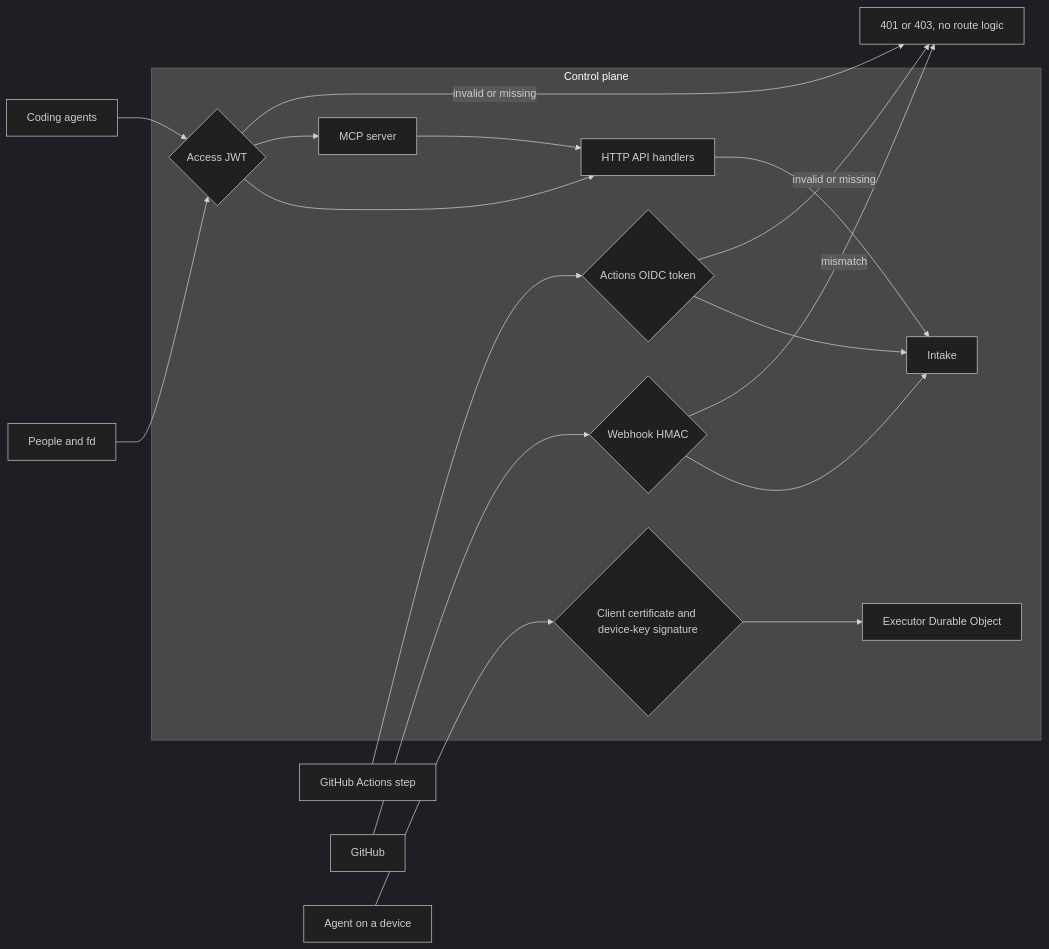
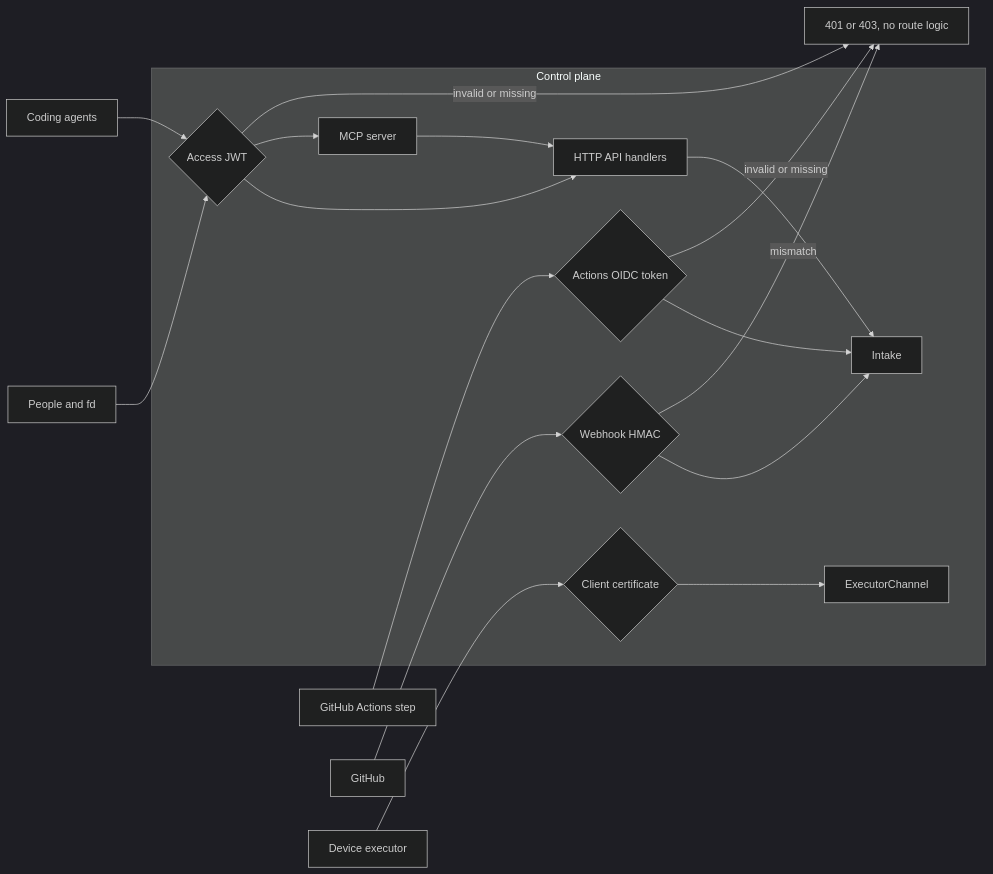
The first of 4 diagrams in specs/interfaces.md (fractalboxdev/flare-dispatch), drawn with Mermaid (dark theme) before and after one commit. The commit also changed other lines of this file and 45 other files, not shown here.

````diff
--- a/specs/interfaces.md
+++ b/specs/interfaces.md
@@ -43,40 +43,40 @@
 ```mermaid
 flowchart LR
   accTitle: Surfaces and the identity gate each passes
   people[People and fd]
   gha[GitHub Actions step]
   gh[GitHub]
   agents[Coding agents]
-  agentd[Agent on a device]
+  agentd[Device executor]
   subgraph cp[Control plane]
     access{Access JWT}
     oidc{Actions OIDC token}
     hmac{Webhook HMAC}
-    mtls{Client certificate and device-key signature}
+    mtls{Client certificate}
     api[HTTP API handlers]
     mcp[MCP server]
     intake[Intake]
-    hub[Executor Durable Object]
+    hub[ExecutorChannel]
   end
   people --> access
   agents --> access
   gha --> oidc
   gh --> hmac
   agentd --> mtls
   access --> api
   access --> mcp
   oidc --> intake
   api --> intake
   mcp --> api
   hmac --> intake
   mtls --> hub
   access e1@-->|invalid or missing| deny[401 or 403, no route logic]
   oidc e2@-->|invalid or missing| deny
   hmac e3@-->|mismatch| deny
   class people,gha,agents accent
   class gh,agentd muted
   class access,oidc,hmac,mtls warn
   class deny danger
   class cp group
   class e1,e2,e3 failure
 ```
````
